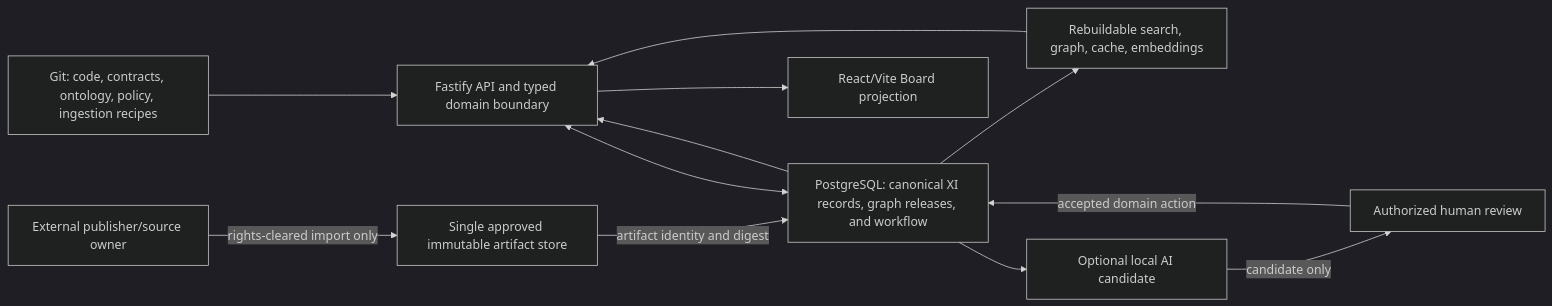
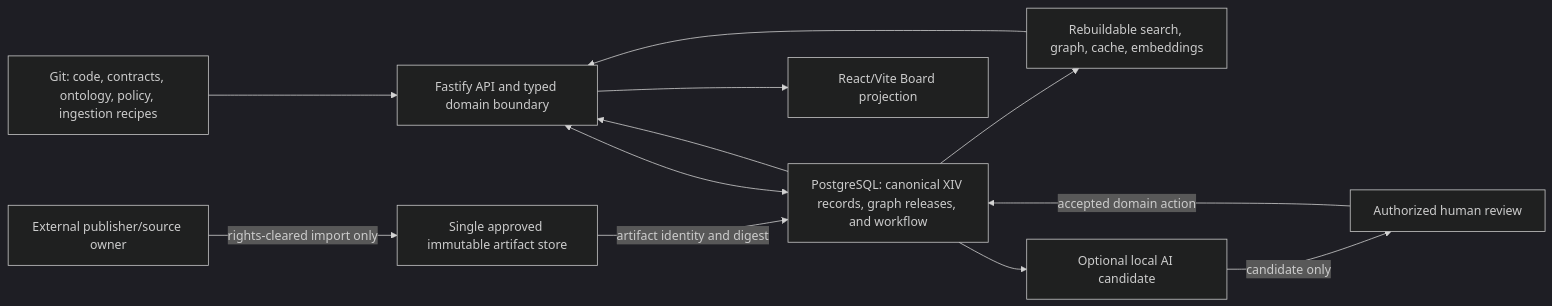
One commit to bjo163/moonwitness-xi changed the diagram in docs/architecture/knowledge-domain-ownership.md. Above: the diagram before and after it, drawn with Mermaid (dark theme). The commit also changed other lines of this file and 45 other files, not shown here.

````diff
--- a/docs/architecture/knowledge-domain-ownership.md
+++ b/docs/architecture/knowledge-domain-ownership.md
@@ -31,24 +31,24 @@
 ```mermaid
 flowchart LR
   Git["Git: code, contracts, ontology, policy, ingestion recipes"]
   Source["External publisher/source owner"]
   Blob["Single approved immutable artifact store"]
-  DB["PostgreSQL: canonical XI records, graph releases, and workflow"]
+  DB["PostgreSQL: canonical XIV records, graph releases, and workflow"]
   API["Fastify API and typed domain boundary"]
   Board["React/Vite Board projection"]
   Derived["Rebuildable search, graph, cache, embeddings"]
   AI["Optional local AI candidate"]
   Review["Authorized human review"]
 
   Git --> API
   Source -->|"rights-cleared import only"| Blob
   Blob -->|"artifact identity and digest"| DB
   API <--> DB
   DB --> API
   API --> Board
   DB --> Derived
   Derived --> API
   DB --> AI
   AI -->|"candidate only"| Review
   Review -->|"accepted domain action"| DB
 ```
````
